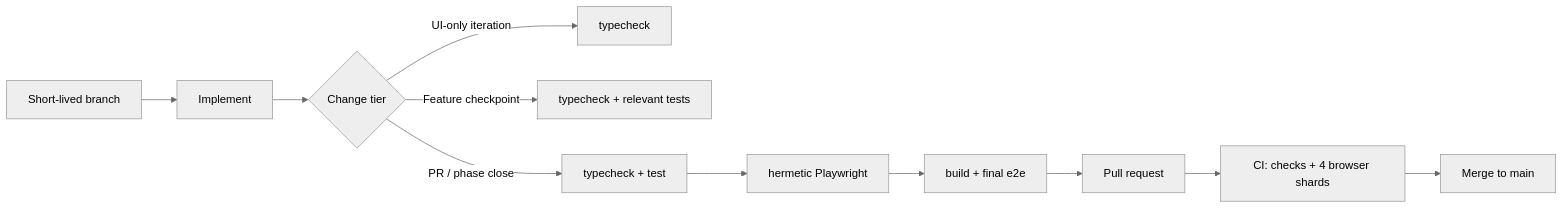
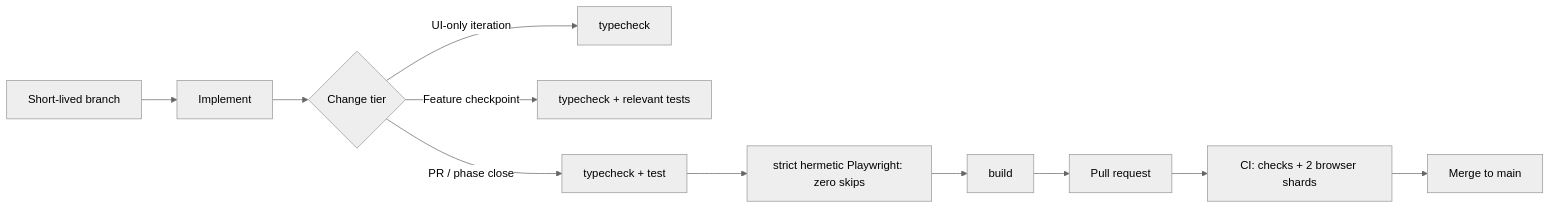
One commit to nhphuong2504/shuttle-scheduler changed the diagram in AGENTS.md. Above: the diagram before and after it, drawn with Mermaid (neutral theme). The commit also changed other lines of this file and 11 other files, not shown here.

````diff
--- a/AGENTS.md
+++ b/AGENTS.md
@@ -82,13 +82,13 @@
 ```mermaid
 flowchart LR
   branch["Short-lived branch"] --> dev[Implement]
   dev --> tier{"Change tier"}
   tier -->|"UI-only iteration"| ui["typecheck"]
   tier -->|"Feature checkpoint"| cp["typecheck + relevant tests"]
   tier -->|"PR / phase close"| gate1["typecheck + test"]
-  gate1 --> gate2["hermetic Playwright"]
-  gate2 --> final["build + final e2e"]
+  gate1 --> gate2["strict hermetic Playwright: zero skips"]
+  gate2 --> final["build"]
   final --> pr["Pull request"]
-  pr --> ci["CI: checks + 4 browser shards"]
+  pr --> ci["CI: checks + 2 browser shards"]
   ci --> merge["Merge to main"]
 ```
````
